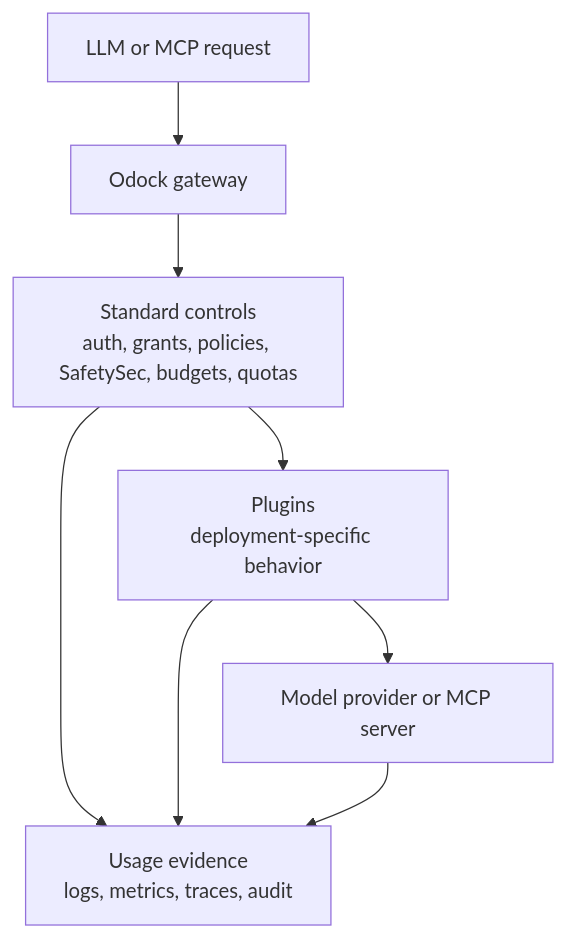
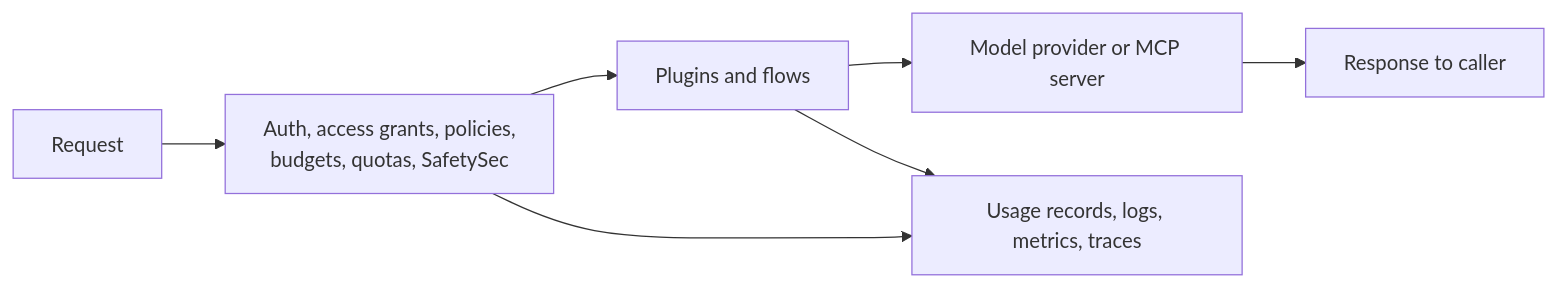
The diagram in content/docs/plugins/index.mdx (odock-ai/odock-docs), drawn with Mermaid before and after one commit. The commit also changed other lines of this file and 14 other files, not shown here.

````diff
--- a/content/docs/plugins/index.mdx
+++ b/content/docs/plugins/index.mdx
@@ -27,14 +13,13 @@
 ```mermaid
-flowchart TD
-  REQUEST["LLM or MCP request"]
-  ODOCK["Odock gateway"]
-  STANDARD["Standard controls<br/>auth, grants, policies, SafetySec, budgets, quotas"]
-  PLUGINS["Plugins<br/>deployment-specific behavior"]
+flowchart LR
+  REQUEST["Request"]
+  GATEWAY["Auth, access grants, policies,<br/>budgets, quotas, SafetySec"]
+  PLUGINS["Plugins and flows"]
   UPSTREAM["Model provider or MCP server"]
-  EVIDENCE["Usage evidence<br/>logs, metrics, traces, audit"]
+  RESPONSE["Response to caller"]
+  EVIDENCE["Usage records, logs, metrics, traces"]
 
-  REQUEST --> ODOCK --> STANDARD --> PLUGINS --> UPSTREAM
-  STANDARD --> EVIDENCE
+  REQUEST --> GATEWAY --> PLUGINS --> UPSTREAM --> RESPONSE
+  GATEWAY --> EVIDENCE
   PLUGINS --> EVIDENCE
-  UPSTREAM --> EVIDENCE
 ```
````
